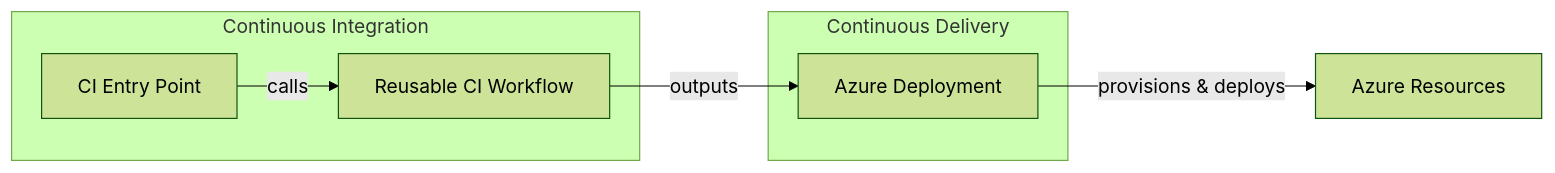
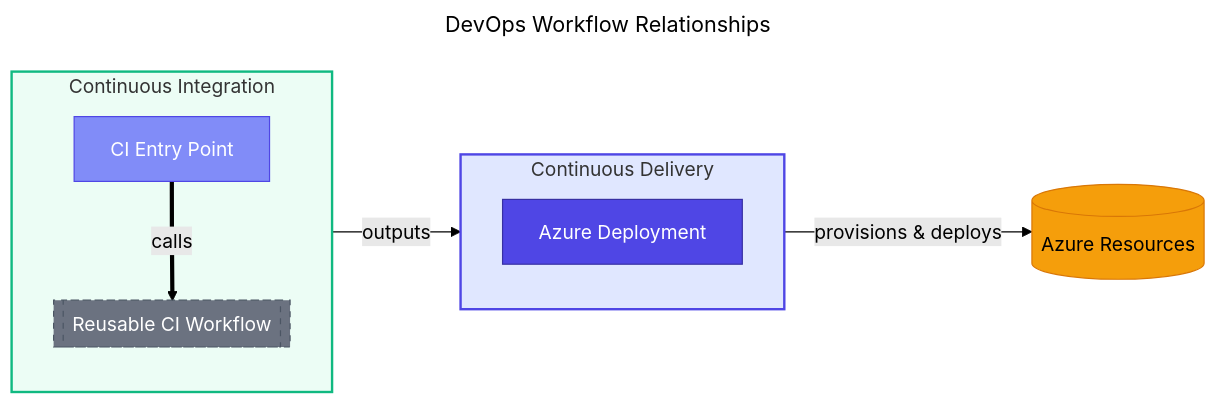
The diagram in docs/devops/README.md (Evilazaro/Azure-LogicApps-Monitoring), drawn with Mermaid (forest theme) before and after one commit. The commit also changed 3 other files, not shown here.

Commit message:
docs: Update DevOps documentation with enhanced Mermaid diagrams for CI/CD workflows

````diff
--- a/docs/devops/README.md
+++ b/docs/devops/README.md
@@ -19,15 +19,41 @@
 ```mermaid
+---
+title: DevOps Workflow Relationships
+---
 flowchart LR
+    %% ===== CONTINUOUS INTEGRATION =====
     subgraph ci["Continuous Integration"]
-        entry["CI Entry Point"]
-        reusable["Reusable CI Workflow"]
+        direction TB
+        entry["CI Entry Point"]:::trigger
+        reusable[["Reusable CI Workflow"]]:::external
     end
 
+    %% ===== CONTINUOUS DELIVERY =====
     subgraph cd["Continuous Delivery"]
-        deploy["Azure Deployment"]
+        direction TB
+        deploy["Azure Deployment"]:::primary
     end
 
-    entry -->|calls| reusable
+    %% ===== AZURE RESOURCES =====
+    azure[("Azure Resources")]:::datastore
+
+    %% ===== CONNECTIONS =====
+    entry ==>|calls| reusable
     reusable -->|outputs| deploy
-    deploy -->|provisions & deploys| azure["Azure Resources"]
+    deploy -->|provisions & deploys| azure
+
+    %% ===== NODE STYLES =====
+    classDef primary fill:#4F46E5,stroke:#3730A3,color:#FFFFFF
+    classDef secondary fill:#10B981,stroke:#059669,color:#FFFFFF
+    classDef datastore fill:#F59E0B,stroke:#D97706,color:#000000
+    classDef external fill:#6B7280,stroke:#4B5563,color:#FFFFFF,stroke-dasharray:5 5
+    classDef failed fill:#F44336,stroke:#C62828,color:#FFFFFF
+    classDef trigger fill:#818CF8,stroke:#4F46E5,color:#FFFFFF
+    classDef decision fill:#FFFBEB,stroke:#F59E0B,color:#000000
+    classDef input fill:#F3F4F6,stroke:#6B7280,color:#000000
+    classDef matrix fill:#D1FAE5,stroke:#10B981,color:#000000
+
+    %% ===== SUBGRAPH STYLES =====
+    style ci fill:#ECFDF5,stroke:#10B981,stroke-width:2px
+    style cd fill:#E0E7FF,stroke:#4F46E5,stroke-width:2px
 ```
````
